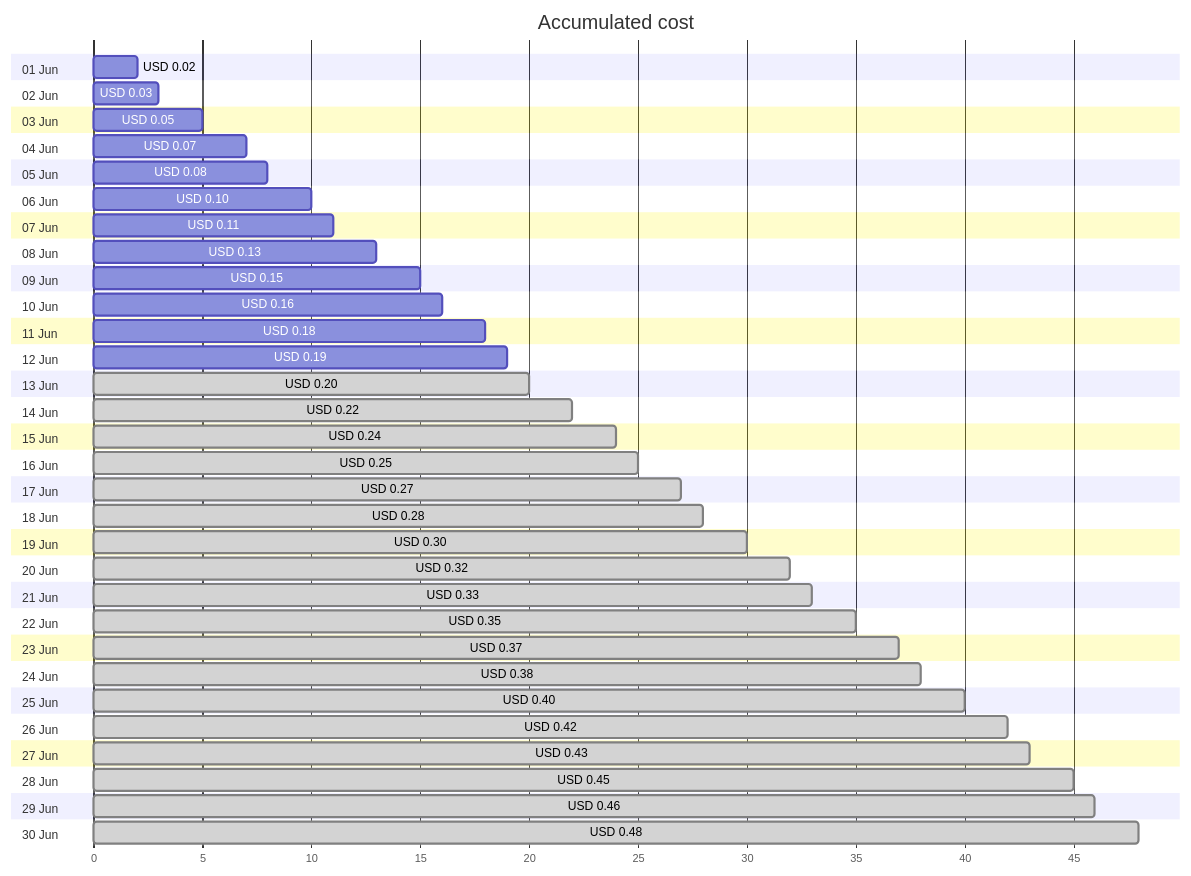
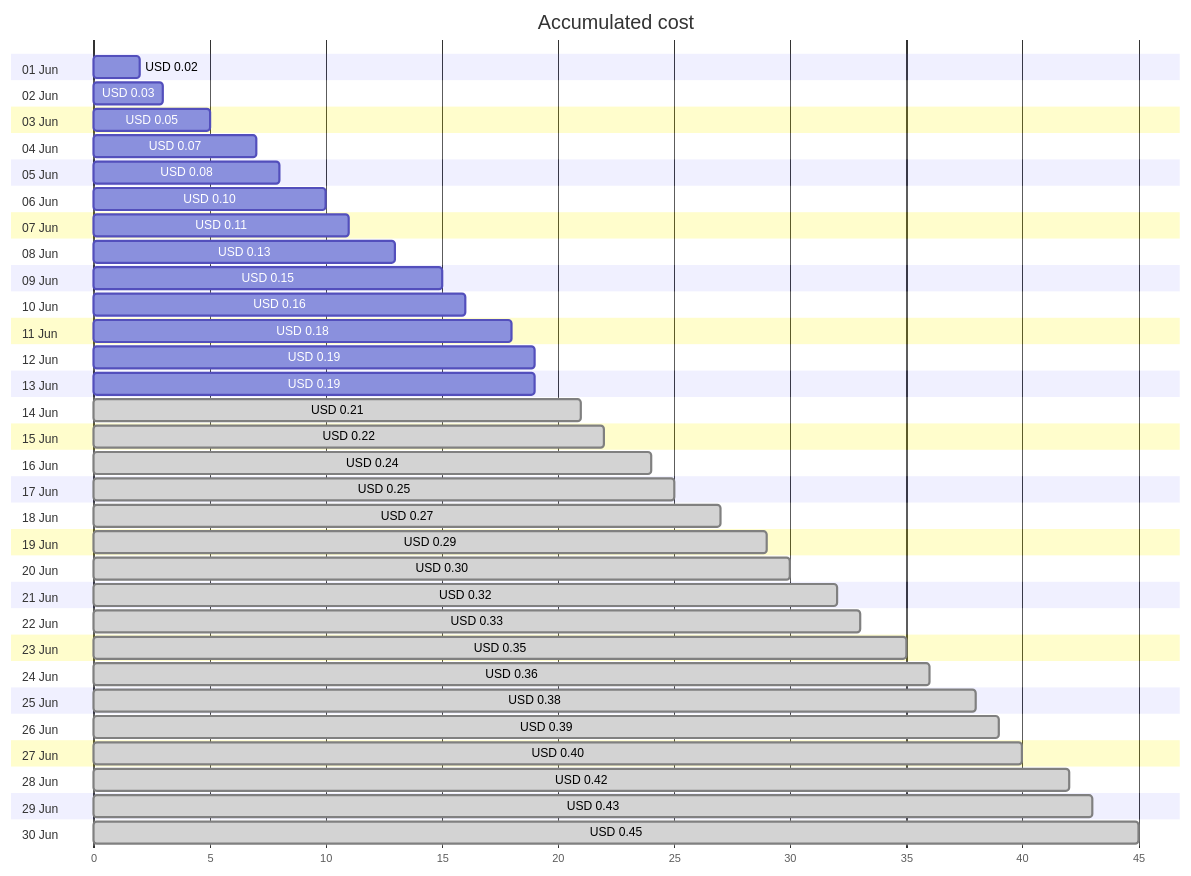
The first of 4 diagrams in cost-reports/personal-dns/jpatrickfulton.com.md (jpfulton/azure-personal-reports), drawn with Mermaid before and after one commit. The commit also changed other lines of this file and 2 other files, not shown here.

Commit message:
Generated reports [skip ci]

````diff
--- a/cost-reports/personal-dns/jpatrickfulton.com.md
+++ b/cost-reports/personal-dns/jpatrickfulton.com.md
@@ -20,66 +20,66 @@
 ```mermaid
 gantt
    title Accumulated cost
    dateFormat  X
    axisFormat %s
    section 01 Jun
    USD 0.02 :0, 2
    section 02 Jun
    USD 0.03 :0, 3
    section 03 Jun
    USD 0.05 :0, 5
    section 04 Jun
    USD 0.07 :0, 7
    section 05 Jun
    USD 0.08 :0, 8
    section 06 Jun
    USD 0.10 :0, 10
    section 07 Jun
    USD 0.11 :0, 11
    section 08 Jun
    USD 0.13 :0, 13
    section 09 Jun
    USD 0.15 :0, 15
    section 10 Jun
    USD 0.16 :0, 16
    section 11 Jun
    USD 0.18 :0, 18
    section 12 Jun
    USD 0.19 :0, 19
    section 13 Jun
-   USD 0.20 : done, 0, 20
+   USD 0.19 :0, 19
    section 14 Jun
+   USD 0.21 : done, 0, 21
+   section 15 Jun
    USD 0.22 : done, 0, 22
-   section 15 Jun
+   section 16 Jun
    USD 0.24 : done, 0, 24
-   section 16 Jun
+   section 17 Jun
    USD 0.25 : done, 0, 25
-   section 17 Jun
+   section 18 Jun
    USD 0.27 : done, 0, 27
-   section 18 Jun
-   USD 0.28 : done, 0, 28
    section 19 Jun
+   USD 0.29 : done, 0, 29
+   section 20 Jun
    USD 0.30 : done, 0, 30
-   section 20 Jun
+   section 21 Jun
    USD 0.32 : done, 0, 32
-   section 21 Jun
+   section 22 Jun
    USD 0.33 : done, 0, 33
-   section 22 Jun
+   section 23 Jun
    USD 0.35 : done, 0, 35
-   section 23 Jun
-   USD 0.37 : done, 0, 37
    section 24 Jun
+   USD 0.36 : done, 0, 36
+   section 25 Jun
    USD 0.38 : done, 0, 38
-   section 25 Jun
+   section 26 Jun
+   USD 0.39 : done, 0, 39
+   section 27 Jun
    USD 0.40 : done, 0, 40
-   section 26 Jun
+   section 28 Jun
    USD 0.42 : done, 0, 42
-   section 27 Jun
+   section 29 Jun
    USD 0.43 : done, 0, 43
-   section 28 Jun
+   section 30 Jun
    USD 0.45 : done, 0, 45
-   section 29 Jun
-   USD 0.46 : done, 0, 46
-   section 30 Jun
-   USD 0.48 : done, 0, 48
 ```
````
